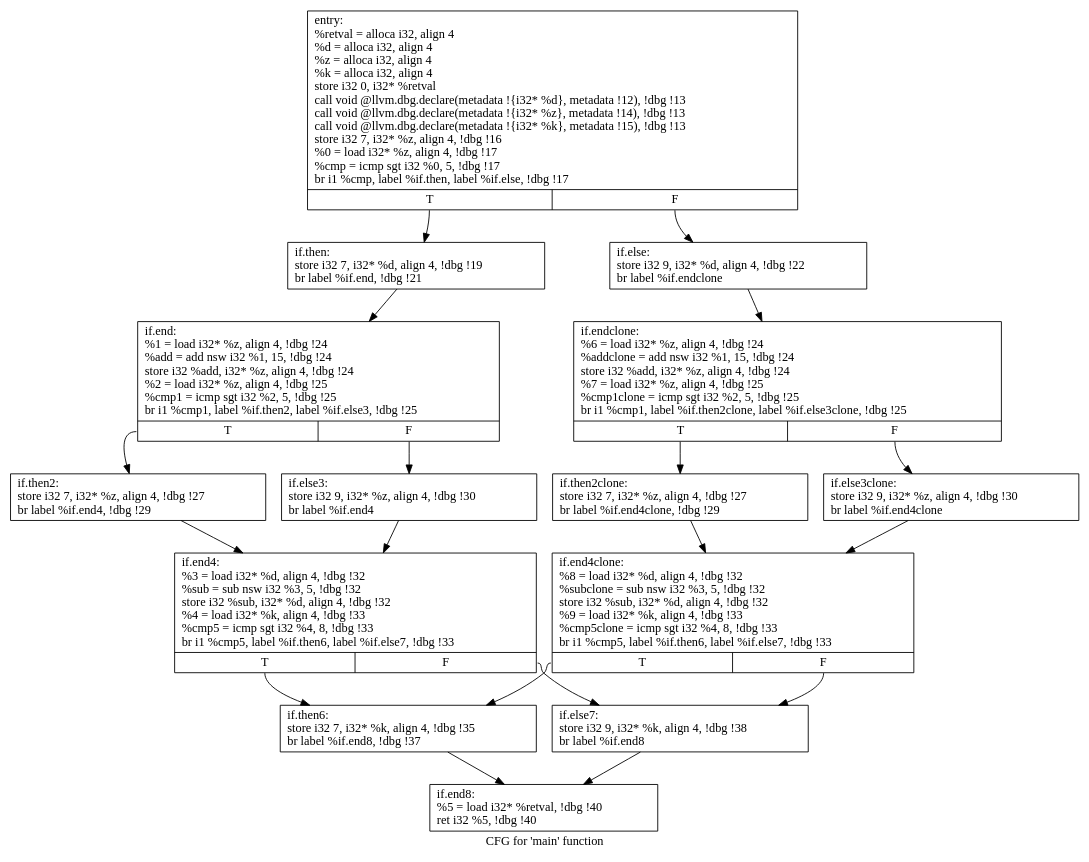
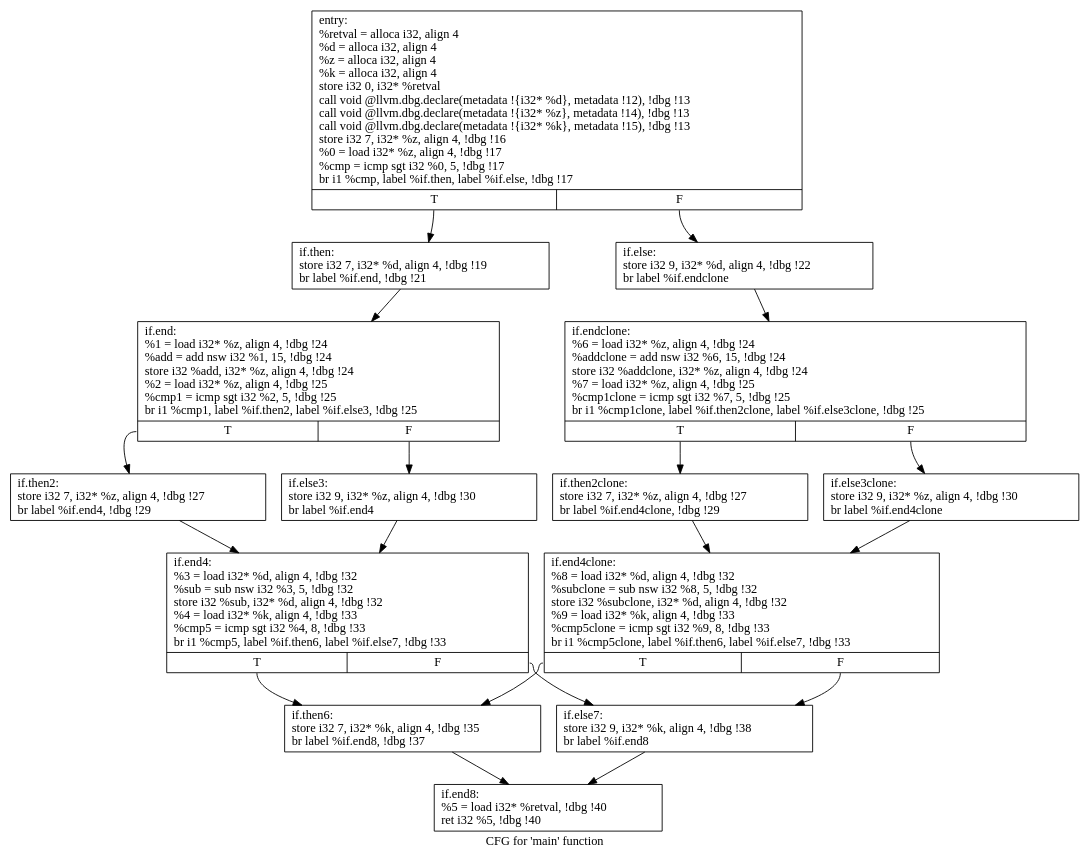
The diagram in Work/Pass/Part 3/cfg.main.dot (ddr2108/CS6241-Array_Bounding), drawn with Graphviz before and after one commit. The commit also changed 1 other file, not shown here.

```diff
--- a/Work/Pass/Part 3/cfg.main.dot
+++ b/Work/Pass/Part 3/cfg.main.dot
@@ -1,36 +1,36 @@
 digraph "CFG for 'main' function" {
 	label="CFG for 'main' function";
 
-	Node0x336ae10 [shape=record,label="{entry:\l  %retval = alloca i32, align 4\l  %d = alloca i32, align 4\l  %z = alloca i32, align 4\l  %k = alloca i32, align 4\l  store i32 0, i32* %retval\l  call void @llvm.dbg.declare(metadata !\{i32* %d\}, metadata !12), !dbg !13\l  call void @llvm.dbg.declare(metadata !\{i32* %z\}, metadata !14), !dbg !13\l  call void @llvm.dbg.declare(metadata !\{i32* %k\}, metadata !15), !dbg !13\l  store i32 7, i32* %z, align 4, !dbg !16\l  %0 = load i32* %z, align 4, !dbg !17\l  %cmp = icmp sgt i32 %0, 5, !dbg !17\l  br i1 %cmp, label %if.then, label %if.else, !dbg !17\l|{<s0>T|<s1>F}}"];
-	Node0x336ae10:s0 -> Node0x336ae70;
-	Node0x336ae10:s1 -> Node0x336aed0;
-	Node0x336ae70 [shape=record,label="{if.then:                                          \l  store i32 7, i32* %d, align 4, !dbg !19\l  br label %if.end, !dbg !21\l}"];
-	Node0x336ae70 -> Node0x336af30;
-	Node0x336aed0 [shape=record,label="{if.else:                                          \l  store i32 9, i32* %d, align 4, !dbg !22\l  br label %if.endclone\l}"];
-	Node0x336aed0 -> Node0x33917d0;
-	Node0x336af30 [shape=record,label="{if.end:                                           \l  %1 = load i32* %z, align 4, !dbg !24\l  %add = add nsw i32 %1, 15, !dbg !24\l  store i32 %add, i32* %z, align 4, !dbg !24\l  %2 = load i32* %z, align 4, !dbg !25\l  %cmp1 = icmp sgt i32 %2, 5, !dbg !25\l  br i1 %cmp1, label %if.then2, label %if.else3, !dbg !25\l|{<s0>T|<s1>F}}"];
-	Node0x336af30:s0 -> Node0x337a0e0;
-	Node0x336af30:s1 -> Node0x337a140;
-	Node0x337a0e0 [shape=record,label="{if.then2:                                         \l  store i32 7, i32* %z, align 4, !dbg !27\l  br label %if.end4, !dbg !29\l}"];
-	Node0x337a0e0 -> Node0x337a1a0;
-	Node0x337a140 [shape=record,label="{if.else3:                                         \l  store i32 9, i32* %z, align 4, !dbg !30\l  br label %if.end4\l}"];
-	Node0x337a140 -> Node0x337a1a0;
-	Node0x337a1a0 [shape=record,label="{if.end4:                                          \l  %3 = load i32* %d, align 4, !dbg !32\l  %sub = sub nsw i32 %3, 5, !dbg !32\l  store i32 %sub, i32* %d, align 4, !dbg !32\l  %4 = load i32* %k, align 4, !dbg !33\l  %cmp5 = icmp sgt i32 %4, 8, !dbg !33\l  br i1 %cmp5, label %if.then6, label %if.else7, !dbg !33\l|{<s0>T|<s1>F}}"];
-	Node0x337a1a0:s0 -> Node0x337a200;
-	Node0x337a1a0:s1 -> Node0x337a260;
-	Node0x337a200 [shape=record,label="{if.then6:                                         \l  store i32 7, i32* %k, align 4, !dbg !35\l  br label %if.end8, !dbg !37\l}"];
-	Node0x337a200 -> Node0x337a2c0;
-	Node0x337a260 [shape=record,label="{if.else7:                                         \l  store i32 9, i32* %k, align 4, !dbg !38\l  br label %if.end8\l}"];
-	Node0x337a260 -> Node0x337a2c0;
-	Node0x337a2c0 [shape=record,label="{if.end8:                                          \l  %5 = load i32* %retval, !dbg !40\l  ret i32 %5, !dbg !40\l}"];
-	Node0x33917d0 [shape=record,label="{if.endclone:                                      \l  %6 = load i32* %z, align 4, !dbg !24\l  %addclone = add nsw i32 %1, 15, !dbg !24\l  store i32 %add, i32* %z, align 4, !dbg !24\l  %7 = load i32* %z, align 4, !dbg !25\l  %cmp1clone = icmp sgt i32 %2, 5, !dbg !25\l  br i1 %cmp1, label %if.then2clone, label %if.else3clone, !dbg !25\l|{<s0>T|<s1>F}}"];
-	Node0x33917d0:s0 -> Node0x3391c60;
-	Node0x33917d0:s1 -> Node0x3391e20;
-	Node0x3391c60 [shape=record,label="{if.then2clone:                                    \l  store i32 7, i32* %z, align 4, !dbg !27\l  br label %if.end4clone, !dbg !29\l}"];
-	Node0x3391c60 -> Node0x3392020;
-	Node0x3391e20 [shape=record,label="{if.else3clone:                                    \l  store i32 9, i32* %z, align 4, !dbg !30\l  br label %if.end4clone\l}"];
-	Node0x3391e20 -> Node0x3392020;
-	Node0x3392020 [shape=record,label="{if.end4clone:                                     \l  %8 = load i32* %d, align 4, !dbg !32\l  %subclone = sub nsw i32 %3, 5, !dbg !32\l  store i32 %sub, i32* %d, align 4, !dbg !32\l  %9 = load i32* %k, align 4, !dbg !33\l  %cmp5clone = icmp sgt i32 %4, 8, !dbg !33\l  br i1 %cmp5, label %if.then6, label %if.else7, !dbg !33\l|{<s0>T|<s1>F}}"];
-	Node0x3392020:s0 -> Node0x337a200;
-	Node0x3392020:s1 -> Node0x337a260;
+	Node0x2389e10 [shape=record,label="{entry:\l  %retval = alloca i32, align 4\l  %d = alloca i32, align 4\l  %z = alloca i32, align 4\l  %k = alloca i32, align 4\l  store i32 0, i32* %retval\l  call void @llvm.dbg.declare(metadata !\{i32* %d\}, metadata !12), !dbg !13\l  call void @llvm.dbg.declare(metadata !\{i32* %z\}, metadata !14), !dbg !13\l  call void @llvm.dbg.declare(metadata !\{i32* %k\}, metadata !15), !dbg !13\l  store i32 7, i32* %z, align 4, !dbg !16\l  %0 = load i32* %z, align 4, !dbg !17\l  %cmp = icmp sgt i32 %0, 5, !dbg !17\l  br i1 %cmp, label %if.then, label %if.else, !dbg !17\l|{<s0>T|<s1>F}}"];
+	Node0x2389e10:s0 -> Node0x2389e70;
+	Node0x2389e10:s1 -> Node0x2389ed0;
+	Node0x2389e70 [shape=record,label="{if.then:                                          \l  store i32 7, i32* %d, align 4, !dbg !19\l  br label %if.end, !dbg !21\l}"];
+	Node0x2389e70 -> Node0x2389f30;
+	Node0x2389ed0 [shape=record,label="{if.else:                                          \l  store i32 9, i32* %d, align 4, !dbg !22\l  br label %if.endclone\l}"];
+	Node0x2389ed0 -> Node0x23b07d0;
+	Node0x2389f30 [shape=record,label="{if.end:                                           \l  %1 = load i32* %z, align 4, !dbg !24\l  %add = add nsw i32 %1, 15, !dbg !24\l  store i32 %add, i32* %z, align 4, !dbg !24\l  %2 = load i32* %z, align 4, !dbg !25\l  %cmp1 = icmp sgt i32 %2, 5, !dbg !25\l  br i1 %cmp1, label %if.then2, label %if.else3, !dbg !25\l|{<s0>T|<s1>F}}"];
+	Node0x2389f30:s0 -> Node0x23990e0;
+	Node0x2389f30:s1 -> Node0x2399140;
+	Node0x23990e0 [shape=record,label="{if.then2:                                         \l  store i32 7, i32* %z, align 4, !dbg !27\l  br label %if.end4, !dbg !29\l}"];
+	Node0x23990e0 -> Node0x23991a0;
+	Node0x2399140 [shape=record,label="{if.else3:                                         \l  store i32 9, i32* %z, align 4, !dbg !30\l  br label %if.end4\l}"];
+	Node0x2399140 -> Node0x23991a0;
+	Node0x23991a0 [shape=record,label="{if.end4:                                          \l  %3 = load i32* %d, align 4, !dbg !32\l  %sub = sub nsw i32 %3, 5, !dbg !32\l  store i32 %sub, i32* %d, align 4, !dbg !32\l  %4 = load i32* %k, align 4, !dbg !33\l  %cmp5 = icmp sgt i32 %4, 8, !dbg !33\l  br i1 %cmp5, label %if.then6, label %if.else7, !dbg !33\l|{<s0>T|<s1>F}}"];
+	Node0x23991a0:s0 -> Node0x2399200;
+	Node0x23991a0:s1 -> Node0x2399260;
+	Node0x2399200 [shape=record,label="{if.then6:                                         \l  store i32 7, i32* %k, align 4, !dbg !35\l  br label %if.end8, !dbg !37\l}"];
+	Node0x2399200 -> Node0x23992c0;
+	Node0x2399260 [shape=record,label="{if.else7:                                         \l  store i32 9, i32* %k, align 4, !dbg !38\l  br label %if.end8\l}"];
+	Node0x2399260 -> Node0x23992c0;
+	Node0x23992c0 [shape=record,label="{if.end8:                                          \l  %5 = load i32* %retval, !dbg !40\l  ret i32 %5, !dbg !40\l}"];
+	Node0x23b07d0 [shape=record,label="{if.endclone:                                      \l  %6 = load i32* %z, align 4, !dbg !24\l  %addclone = add nsw i32 %6, 15, !dbg !24\l  store i32 %addclone, i32* %z, align 4, !dbg !24\l  %7 = load i32* %z, align 4, !dbg !25\l  %cmp1clone = icmp sgt i32 %7, 5, !dbg !25\l  br i1 %cmp1clone, label %if.then2clone, label %if.else3clone, !dbg !25\l|{<s0>T|<s1>F}}"];
+	Node0x23b07d0:s0 -> Node0x23b0ce0;
+	Node0x23b07d0:s1 -> Node0x23b0eb0;
+	Node0x23b0ce0 [shape=record,label="{if.then2clone:                                    \l  store i32 7, i32* %z, align 4, !dbg !27\l  br label %if.end4clone, !dbg !29\l}"];
+	Node0x23b0ce0 -> Node0x23b1160;
+	Node0x23b0eb0 [shape=record,label="{if.else3clone:                                    \l  store i32 9, i32* %z, align 4, !dbg !30\l  br label %if.end4clone\l}"];
+	Node0x23b0eb0 -> Node0x23b1160;
+	Node0x23b1160 [shape=record,label="{if.end4clone:                                     \l  %8 = load i32* %d, align 4, !dbg !32\l  %subclone = sub nsw i32 %8, 5, !dbg !32\l  store i32 %subclone, i32* %d, align 4, !dbg !32\l  %9 = load i32* %k, align 4, !dbg !33\l  %cmp5clone = icmp sgt i32 %9, 8, !dbg !33\l  br i1 %cmp5clone, label %if.then6, label %if.else7, !dbg !33\l|{<s0>T|<s1>F}}"];
+	Node0x23b1160:s0 -> Node0x2399200;
+	Node0x23b1160:s1 -> Node0x2399260;
 }
```
